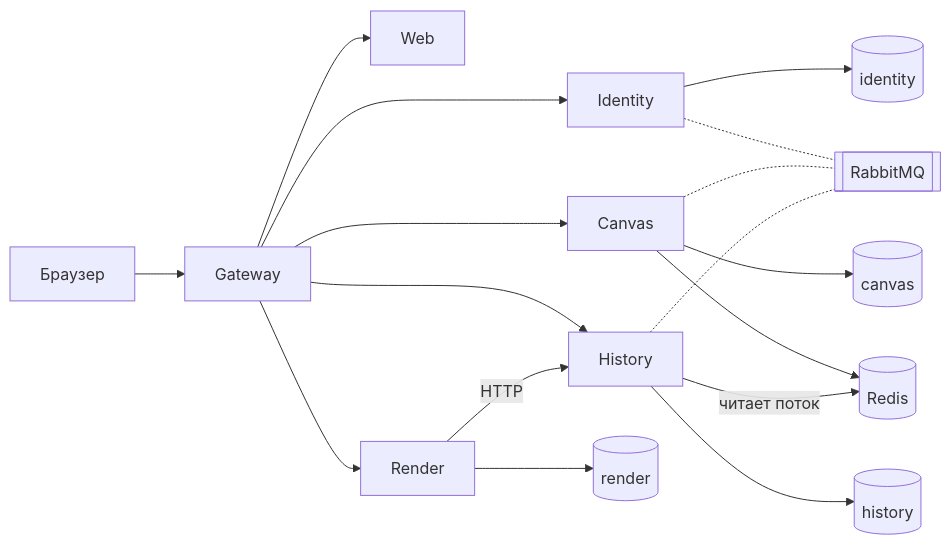
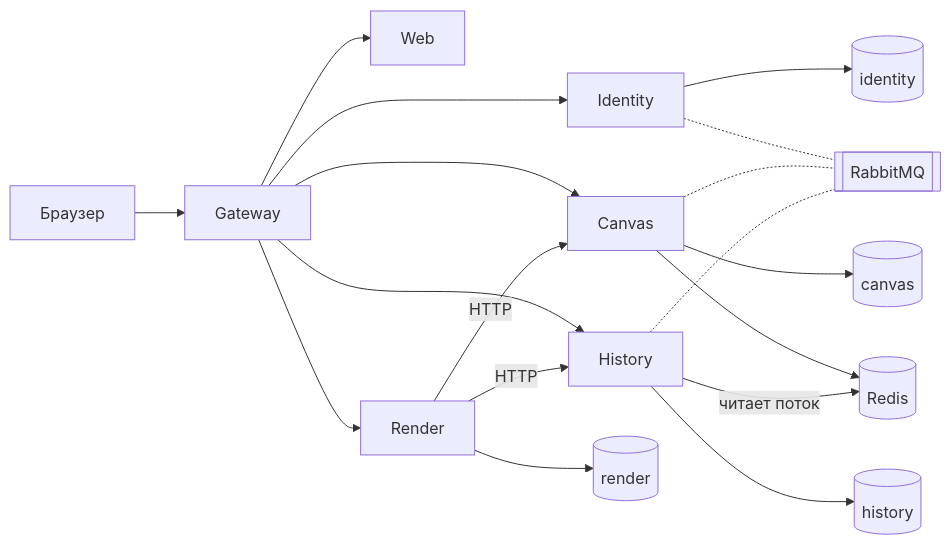
One commit to chanan-duy/stena changed the first of 3 diagrams in docs/ARCHITECTURE.md. Above: the diagram before and after it, drawn with Mermaid. The commit also changed other lines of this file, not shown here.

Commit message:
docs: match architecture to the build

````diff
--- a/docs/ARCHITECTURE.md
+++ b/docs/ARCHITECTURE.md
@@ -17,19 +17,20 @@
 ```mermaid
 flowchart LR
   browser[Браузер] --> gw[Gateway]
   gw --> web[Web]
   gw --> id[Identity]
+  gw --> rn[Render]
   gw --> cv[Canvas]
   gw --> hs[History]
-  gw --> rn[Render]
   id --> idb[(identity)]
+  rn --> rdb[(render)]
+  rn -- HTTP --> cv
+  rn -- HTTP --> hs
   cv --> cdb[(canvas)]
   cv --> redis[(Redis)]
   hs -- читает поток --> redis
   hs --> hdb[(history)]
-  rn -- HTTP --> hs
-  rn --> rdb[(render)]
   id -.- mq[[RabbitMQ]]
   cv -.- mq
   hs -.- mq
 ```
````
